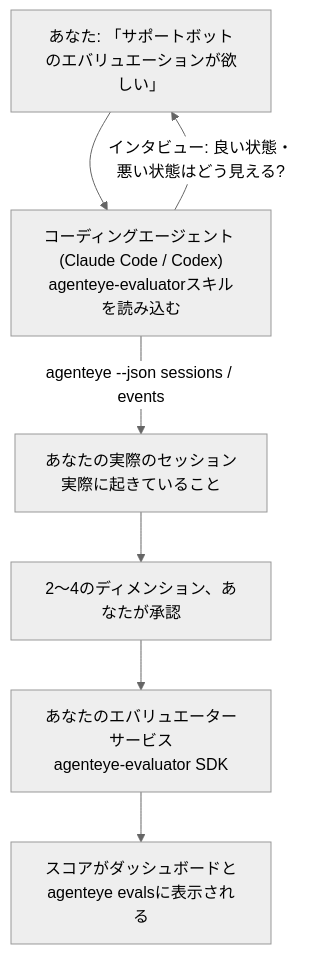
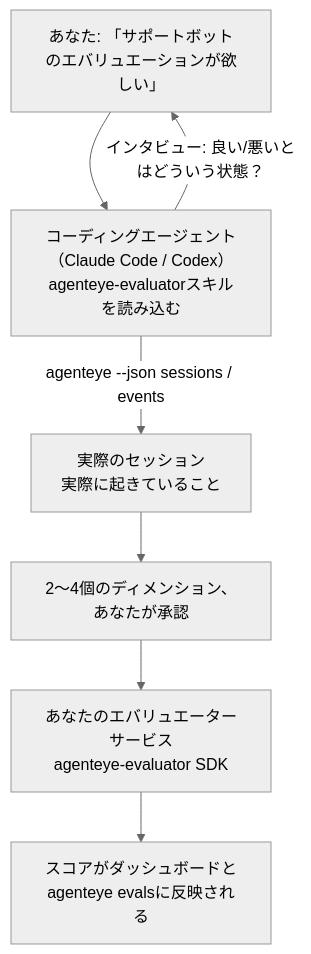
The diagram in docs/ja/agenteye/evaluator-skill.mdx (FailproofAI/failproofai), drawn with Mermaid (neutral theme) before and after one commit. The commit also changed other lines of this file and 654 other files, not shown here.

````diff
--- a/docs/ja/agenteye/evaluator-skill.mdx
+++ b/docs/ja/agenteye/evaluator-skill.mdx
@@ -21,9 +21,9 @@
 ```mermaid
 flowchart TD
-    YOU["あなた: 「サポートボットのエバリュエーションが欲しい」"] --> AGENT["コーディングエージェント (Claude Code / Codex)<br/>agenteye-evaluatorスキルを読み込む"]
-    AGENT -->|"インタビュー: 良い状態・悪い状態はどう見える?"| YOU
-    AGENT -->|"agenteye --json sessions / events"| DATA["あなたの実際のセッション<br/>実際に起きていること"]
-    DATA --> DIMS["2〜4のディメンション、あなたが承認"]
+    YOU["あなた: 「サポートボットのエバリュエーションが欲しい」"] --> AGENT["コーディングエージェント（Claude Code / Codex）<br/>agenteye-evaluatorスキルを読み込む"]
+    AGENT -->|"インタビュー: 良い/悪いとはどういう状態？"| YOU
+    AGENT -->|"agenteye --json sessions / events"| DATA["実際のセッション<br/>実際に起きていること"]
+    DATA --> DIMS["2〜4個のディメンション、あなたが承認"]
     DIMS --> SVC["あなたのエバリュエーターサービス<br/>agenteye-evaluator SDK"]
-    SVC --> SCORES["スコアがダッシュボードと<br/>agenteye evalsに表示される"]
+    SVC --> SCORES["スコアがダッシュボードと<br/>agenteye evalsに反映される"]
 ```
````
